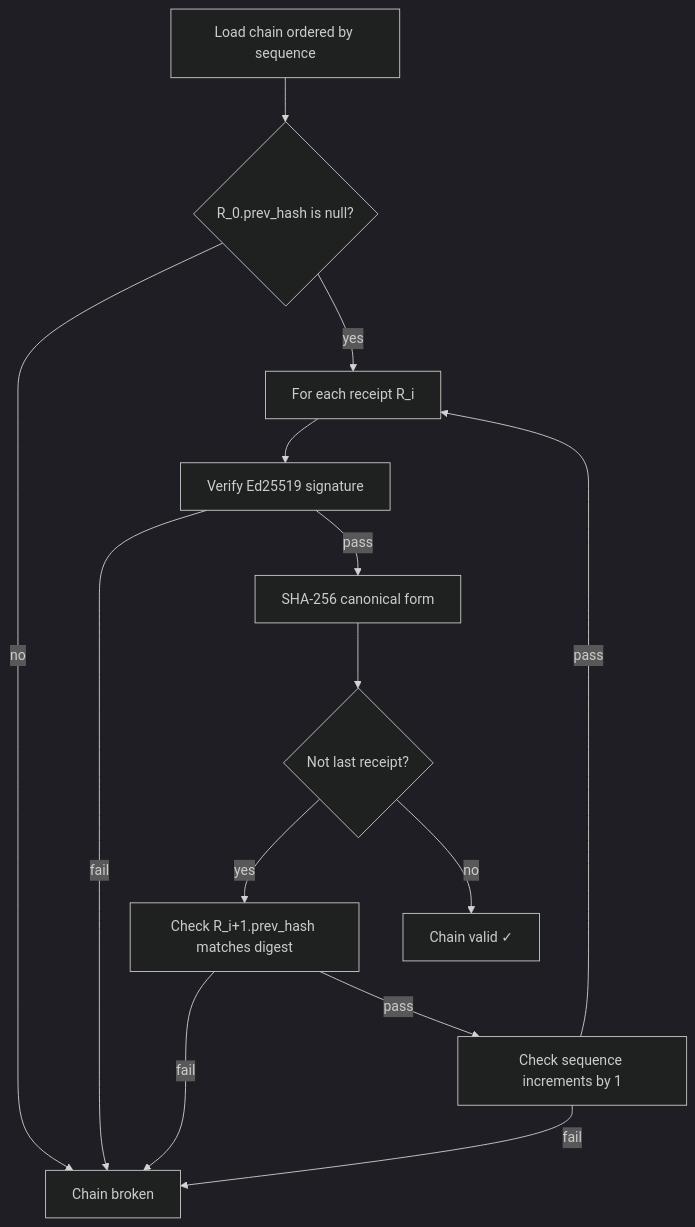
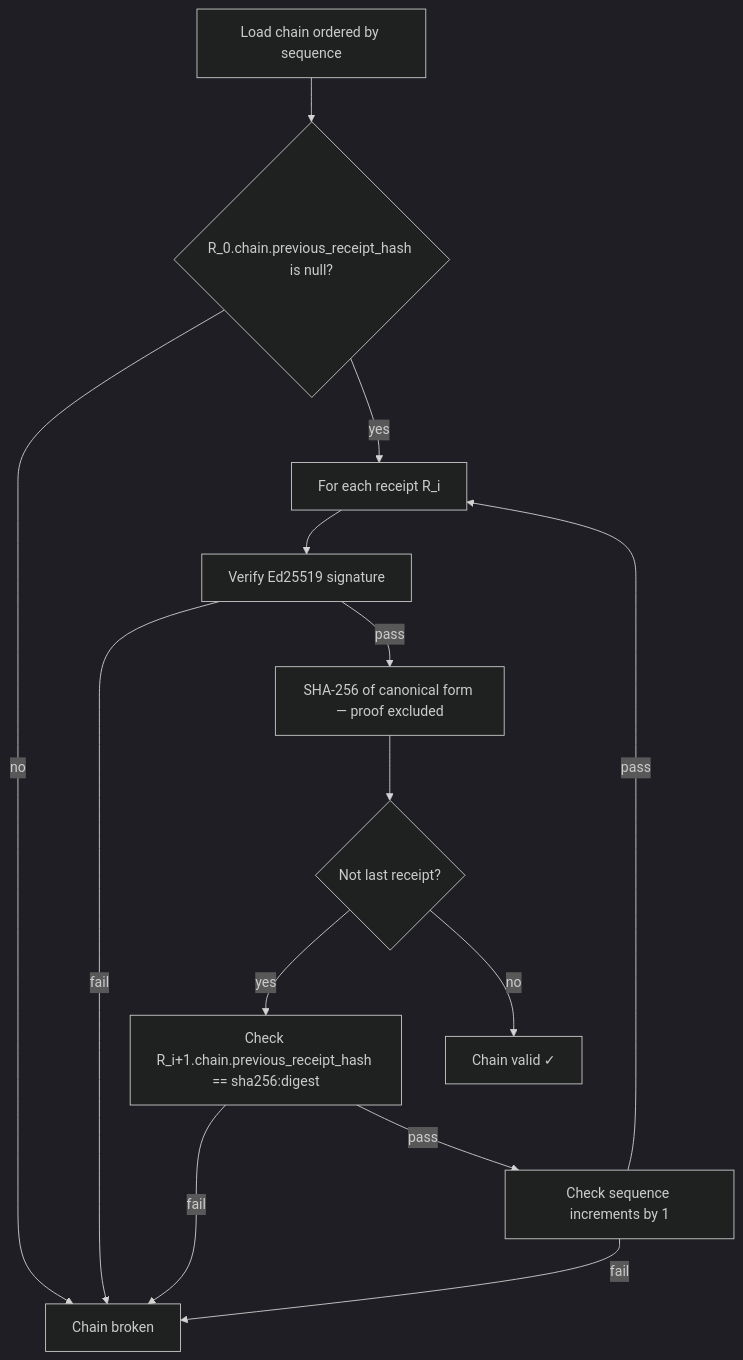
The diagram in site/src/content/docs/specification/receipt-chain-verification.mdx (agent-receipts/ar), drawn with Mermaid (dark theme) before and after one commit. The commit also changed 2 other files, not shown here.

Commit message:
docs(site): fix diagram field names and MCP bidirectionality per Copilot review
receipt-chain-verification.mdx:
- Gap 3.1: use chain.previous_receipt_hash (full field path) and sha256:
  prefix throughout the flowchart; D node now says 'SHA-256 of canonical
  form — proof excluded' for clarity

how-it-works.mdx:
- Gap 2.1: shorthand hash names → exact spec paths (action.parameters_hash,
  outcome.response_hash, chain.previous_receipt_hash)

mcp-proxy/overview.mdx:
- Gap 4.1: stdio/JSON-RPC arrows are now bidirectional (<-->) to reflect
  that MCP is a request/response protocol

````diff
--- a/site/src/content/docs/specification/receipt-chain-verification.mdx
+++ b/site/src/content/docs/specification/receipt-chain-verification.mdx
@@ -49,16 +49,16 @@
 ```mermaid
 flowchart TD
-  A[Load chain ordered by sequence] --> A2{R_0.prev_hash is null?}
+  A[Load chain ordered by sequence] --> A2{R_0.chain.previous_receipt_hash is null?}
   A2 -->|no| Z[Chain broken]
   A2 -->|yes| B[For each receipt R_i]
   B --> C[Verify Ed25519 signature]
   C -->|fail| Z
-  C -->|pass| D[SHA-256 canonical form]
+  C -->|pass| D[SHA-256 of canonical form — proof excluded]
   D --> E{Not last receipt?}
-  E -->|yes| F[Check R_i+1.prev_hash matches digest]
+  E -->|yes| F["Check R_i+1.chain.previous_receipt_hash == sha256:digest"]
   F -->|fail| Z
   F -->|pass| G[Check sequence increments by 1]
   G -->|fail| Z
   G -->|pass| B
   E -->|no| H[Chain valid ✓]
 ```
````
